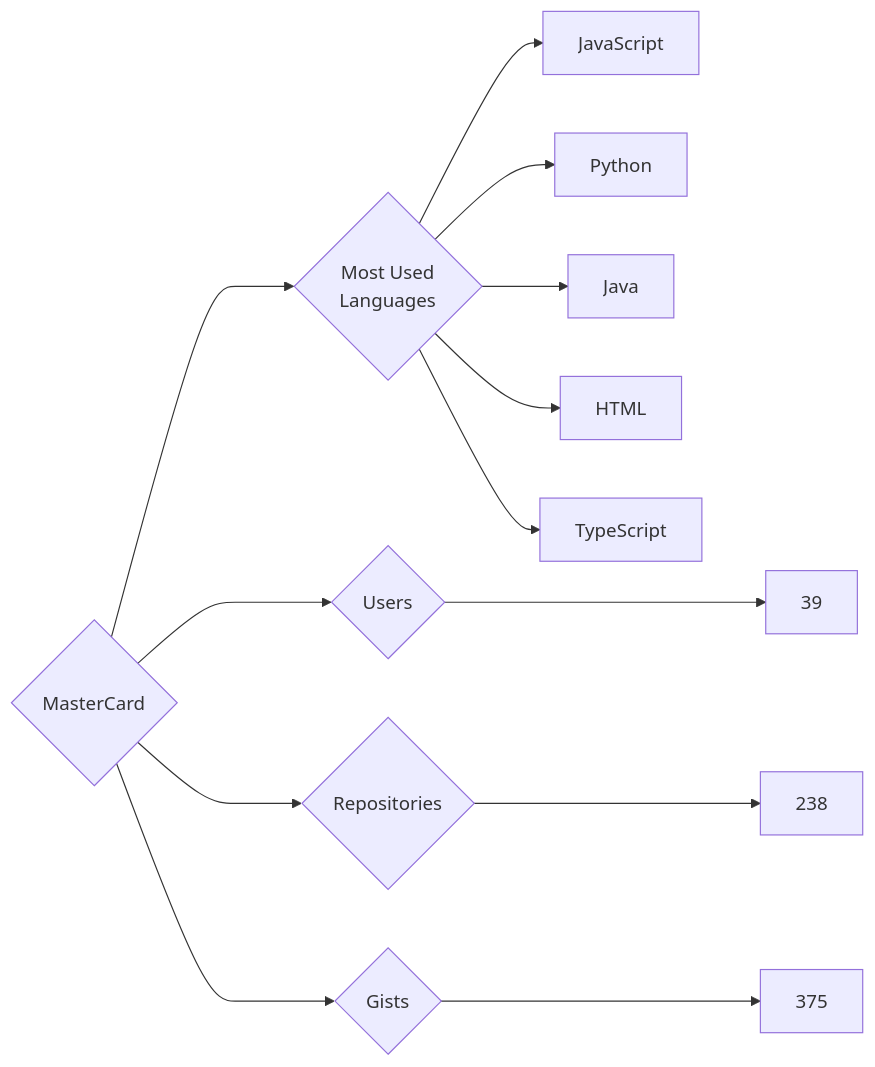
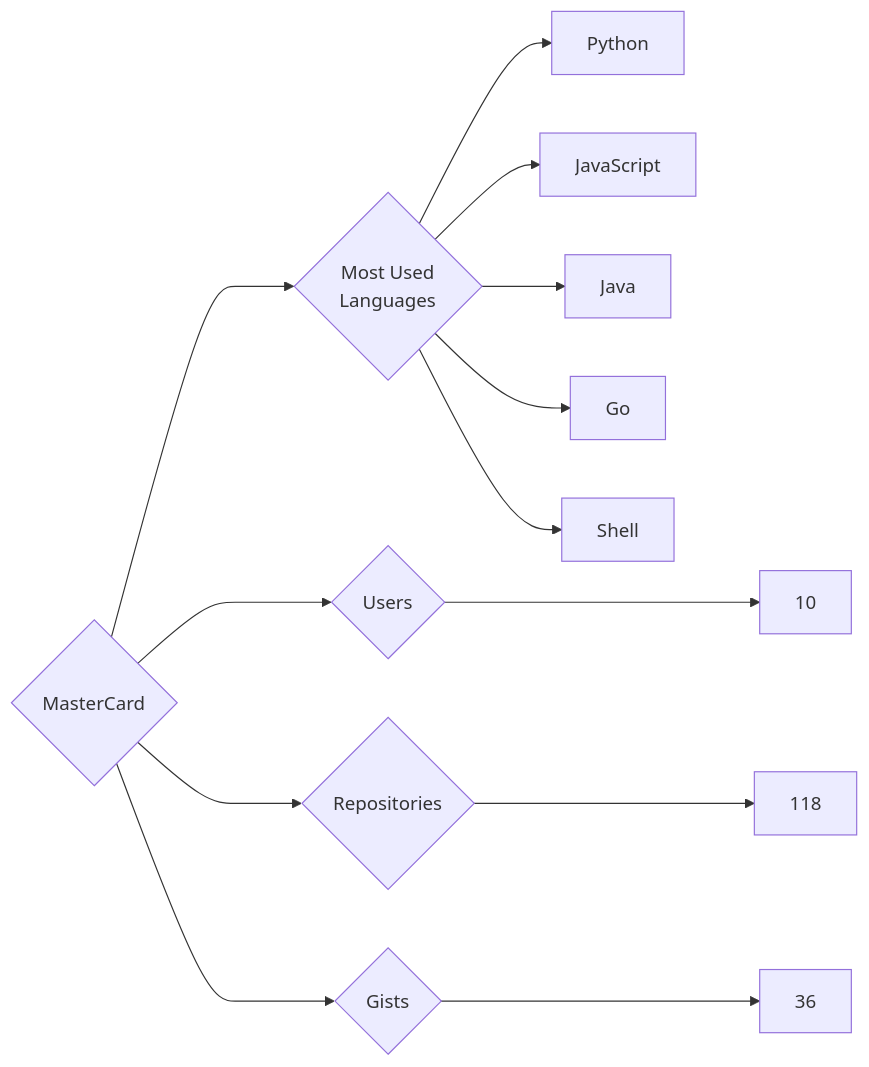
Before and after one commit to trickest/insiders: the diagram in targets/MasterCard/README.md, drawn with Mermaid. The commit also changed 878 other files, not shown here.

````diff
--- a/targets/MasterCard/README.md
+++ b/targets/MasterCard/README.md
@@ -3,13 +3,13 @@
 ```mermaid
 graph LR
 COMPANY_NAME{MasterCard}
-COMPANY_NAME ---> U{Users} ---> UN[39]
-COMPANY_NAME ---> R{Repositories} ---> RN[238]
-COMPANY_NAME ---> G{Gists} ---> GN[375]
+COMPANY_NAME ---> U{Users} ---> UN[10]
+COMPANY_NAME ---> R{Repositories} ---> RN[118]
+COMPANY_NAME ---> G{Gists} ---> GN[36]
 COMPANY_NAME ---> ML{Most Used<br>Languages}
+ML --> Python[Python]
 ML --> JavaScript[JavaScript]
-ML --> Python[Python]
 ML --> Java[Java]
-ML --> HTML[HTML]
-ML --> TypeScript[TypeScript]
+ML --> Go[Go]
+ML --> Shell[Shell]
 ```
````
